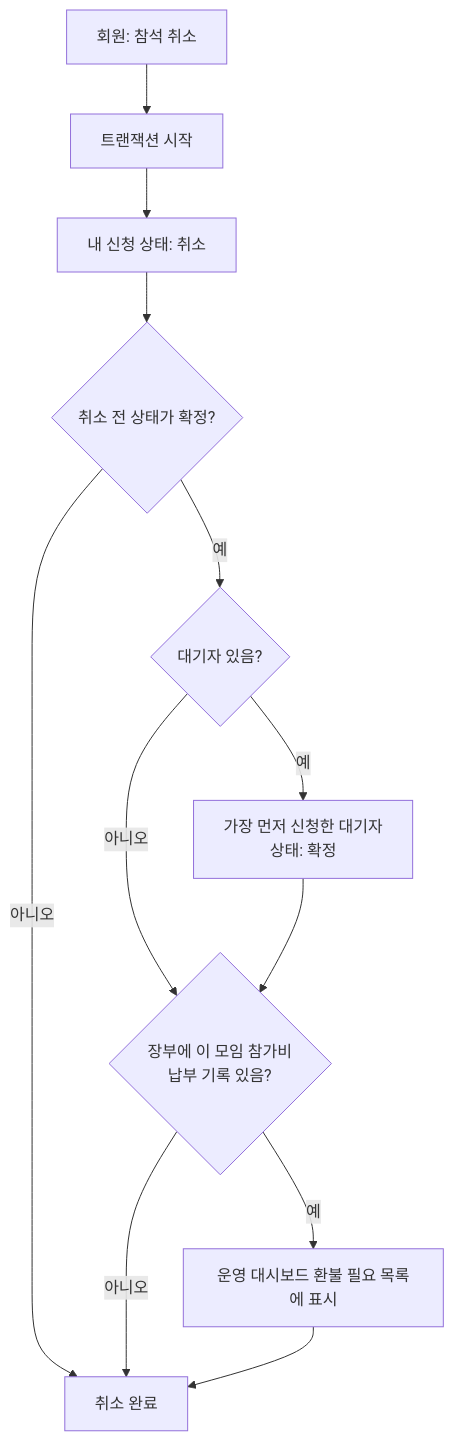
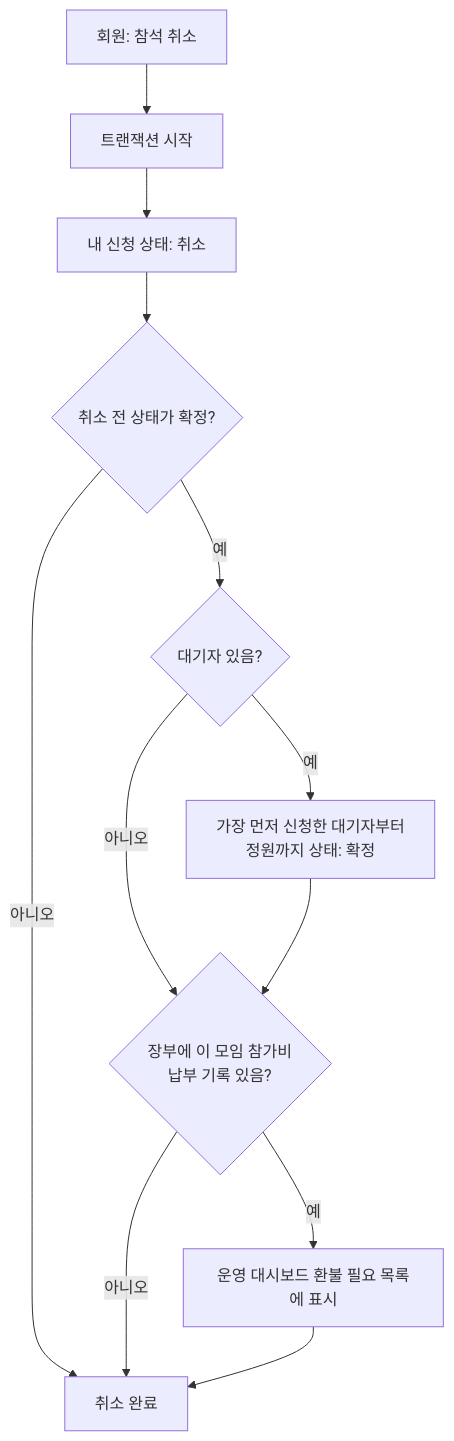
One commit to keepmind7/AI_Club_Web changed the fourth of 11 diagrams in 동작 흐름.md. Above: the diagram before and after it, drawn with Mermaid. The commit also changed other lines of this file and 9 other files, not shown here.

````diff
--- a/동작 흐름.md
+++ b/동작 흐름.md
@@ -67,14 +67,14 @@
 ```mermaid
 flowchart TD
     A["회원: 참석 취소"] --> T["트랜잭션 시작"]
     T --> B["내 신청 상태: 취소"]
     B --> C{"취소 전 상태가 확정?"}
     C -- 아니오 --> Z["취소 완료"]
     C -- 예 --> G{"대기자 있음?"}
     G -- 아니오 --> R
-    G -- 예 --> H["가장 먼저 신청한 대기자<br/>상태: 확정"]
+    G -- 예 --> H["가장 먼저 신청한 대기자부터<br/>정원까지 상태: 확정"]
     H --> R{"장부에 이 모임 참가비<br/>납부 기록 있음?"}
     R -- 예 --> S["운영 대시보드 환불 필요 목록에 표시"]
     R -- 아니오 --> Z
     S --> Z
 ```
````
